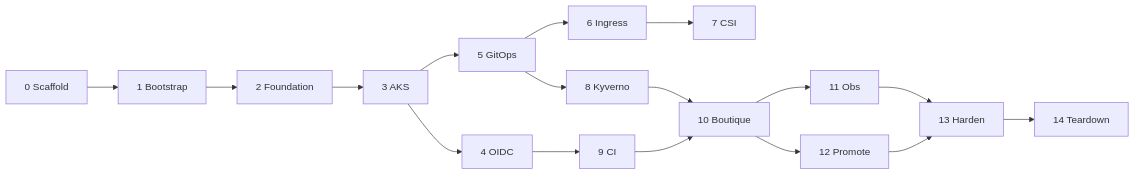
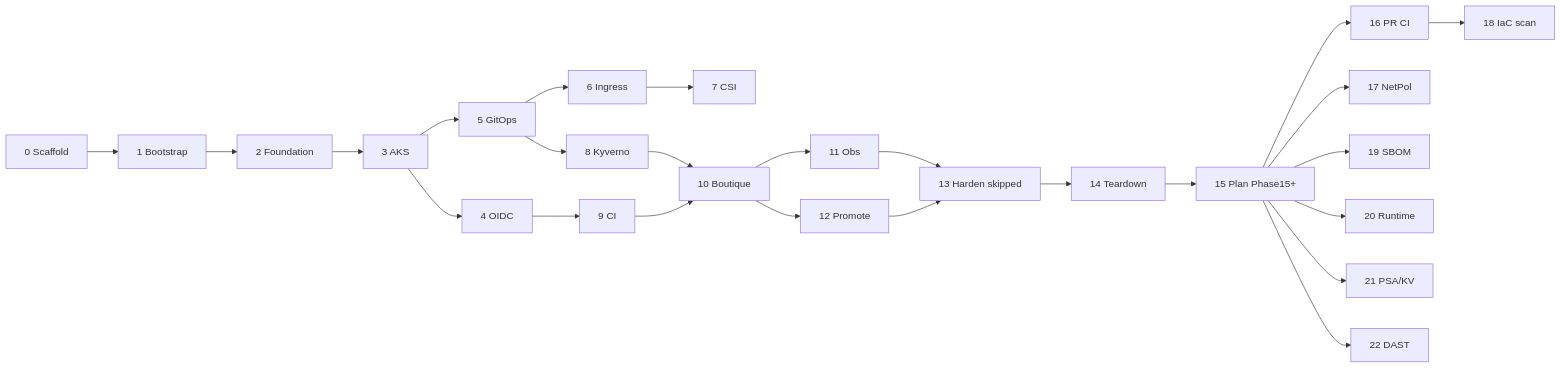
One commit to btilki/boutique-aks-devsecops changed the diagram in docs/implementation/plan.md. Above: the diagram before and after it, drawn with Mermaid. The commit also changed other lines of this file and 82 other files, not shown here.

````diff
--- a/docs/implementation/plan.md
+++ b/docs/implementation/plan.md
@@ -207,19 +271,27 @@
 ```mermaid
 graph LR
     P0[0 Scaffold] --> P1[1 Bootstrap]
     P1 --> P2[2 Foundation]
     P2 --> P3[3 AKS]
     P3 --> P4[4 OIDC]
     P3 --> P5[5 GitOps]
     P5 --> P6[6 Ingress]
     P6 --> P7[7 CSI]
     P5 --> P8[8 Kyverno]
     P4 --> P9[9 CI]
     P8 --> P10[10 Boutique]
     P9 --> P10
     P10 --> P11[11 Obs]
     P10 --> P12[12 Promote]
-    P11 --> P13[13 Harden]
+    P11 --> P13[13 Harden skipped]
     P12 --> P13
     P13 --> P14[14 Teardown]
+    P14 --> P15[15 Plan Phase15+]
+    P15 --> P16[16 PR CI]
+    P15 --> P17[17 NetPol]
+    P16 --> P18[18 IaC scan]
+    P15 --> P19[19 SBOM]
+    P15 --> P20[20 Runtime]
+    P15 --> P21[21 PSA/KV]
+    P15 --> P22[22 DAST]
 ```
````
